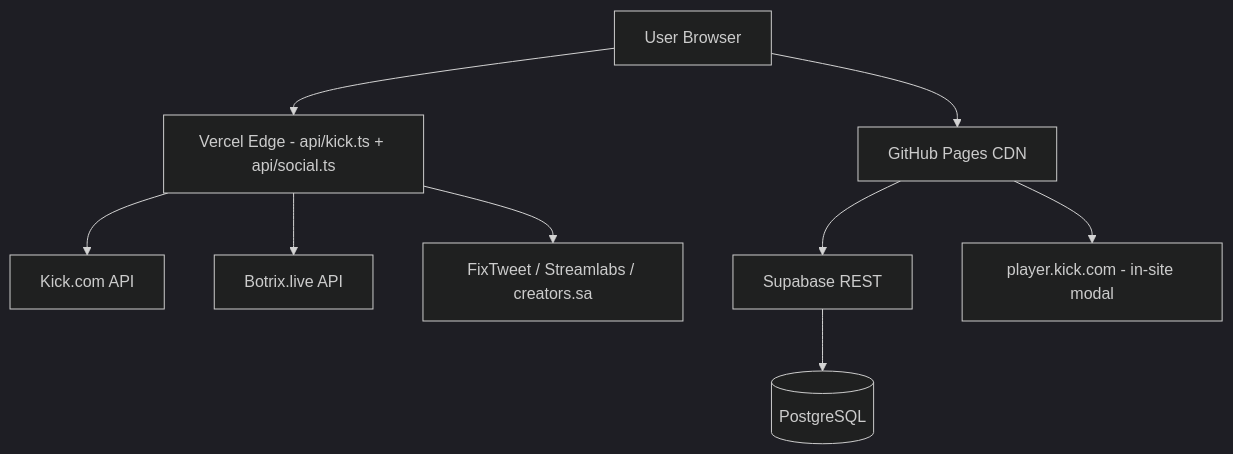
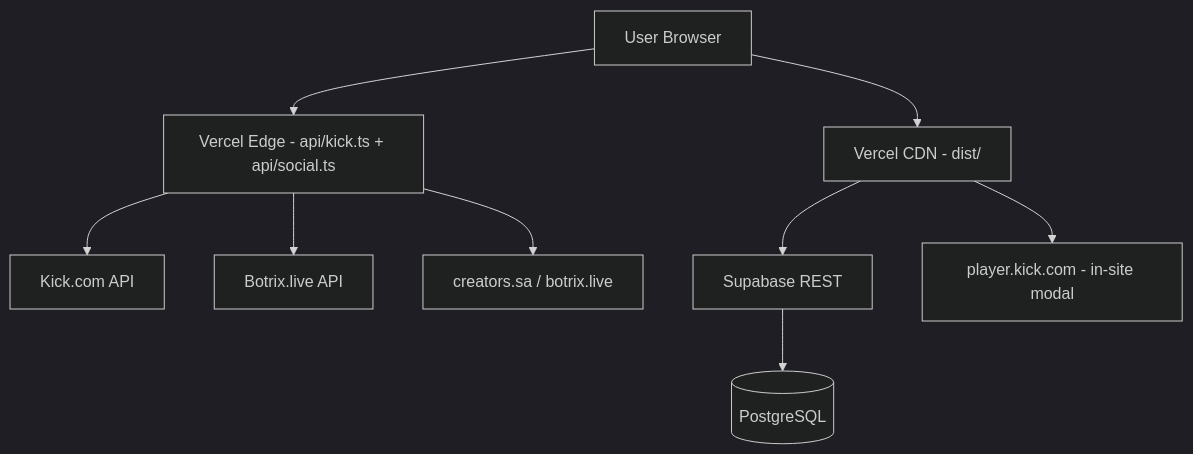
One commit to himedd/tmnaa changed the diagram in README.md. Above: the diagram before and after it, drawn with Mermaid (dark theme). The commit also changed other lines of this file and 75 other files, not shown here.

````diff
--- a/README.md
+++ b/README.md
@@ -86,11 +86,11 @@
 ```mermaid
 graph TD
-    A[User Browser] --> B[GitHub Pages CDN]
+    A[User Browser] --> B[Vercel CDN - dist/]
     A --> C[Vercel Edge - api/kick.ts + api/social.ts]
     C --> D[Kick.com API]
     C --> E[Botrix.live API]
-    C --> F[FixTweet / Streamlabs / creators.sa]
+    C --> F[creators.sa / botrix.live]
     B --> G[Supabase REST]
     G --> H[(PostgreSQL)]
     B --> I[player.kick.com - in-site modal]
 ```
````
